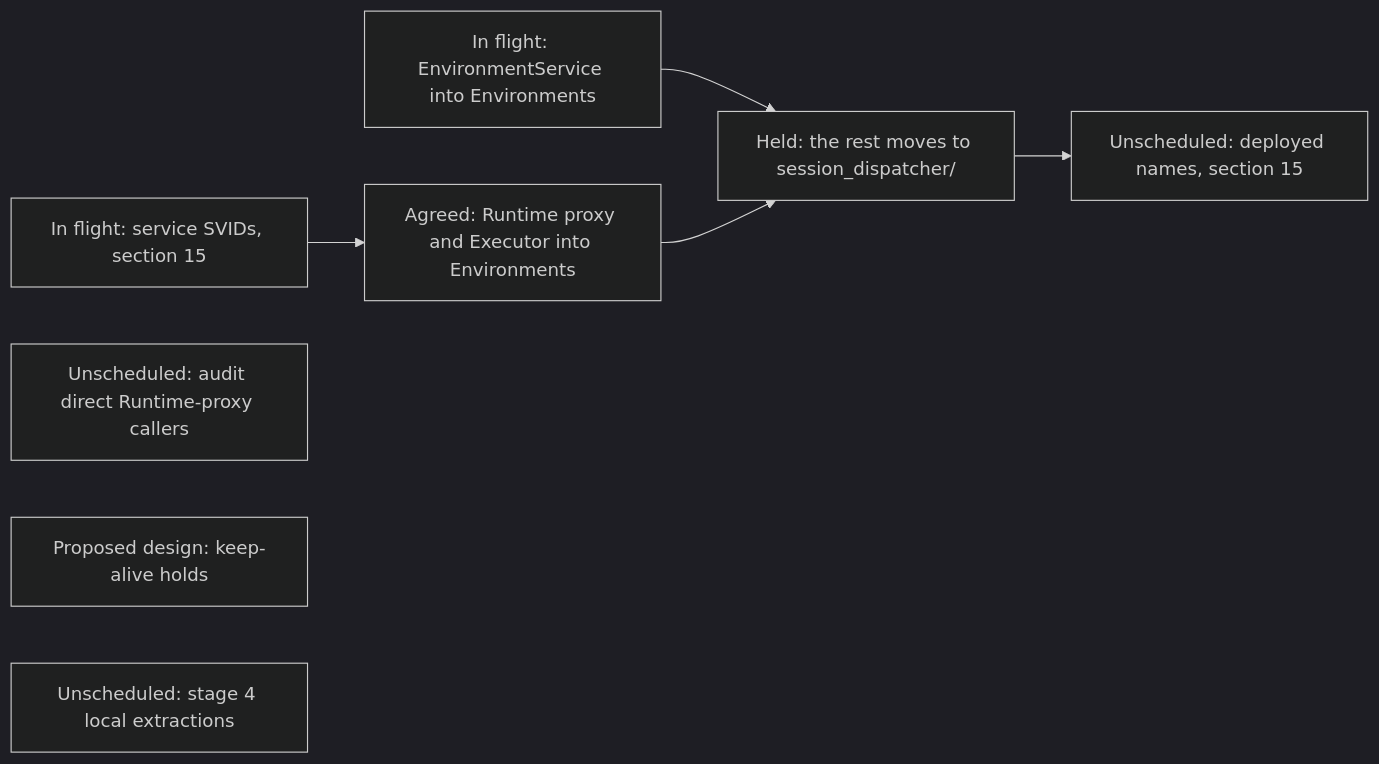
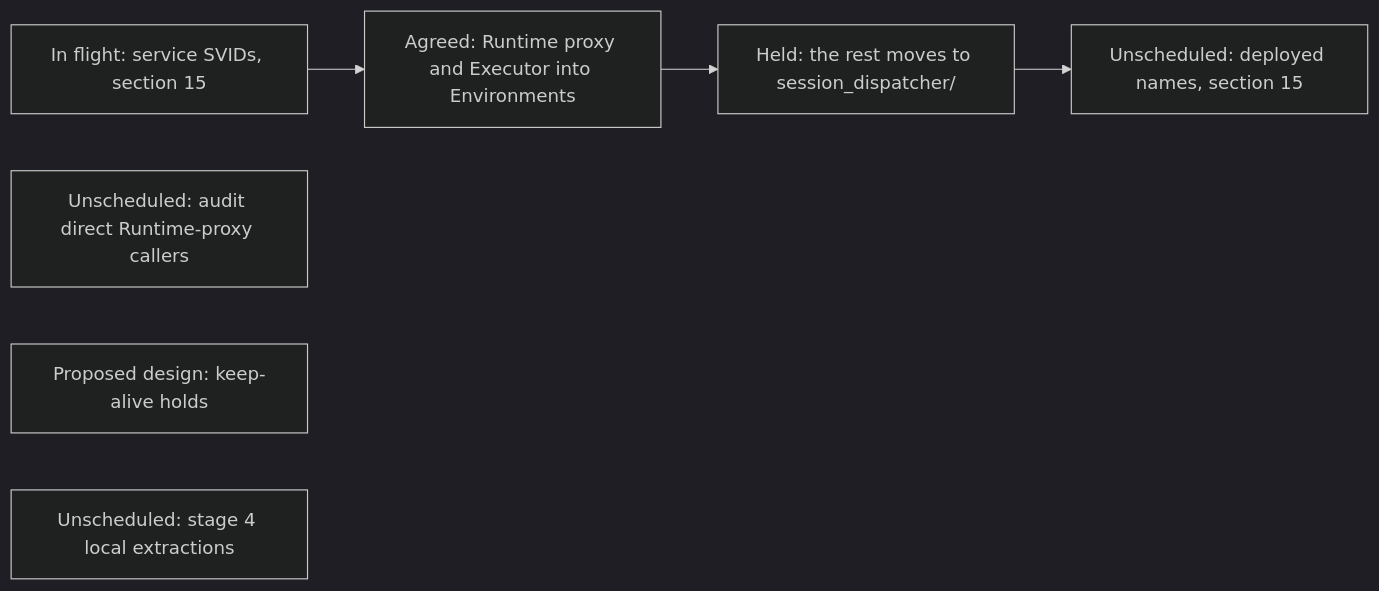
One commit to agentydragon/ducktape changed diagram 21 of 21 in agentplane/plans/task_dag.md. Above: the diagram before and after it, drawn with Mermaid (dark theme). The commit also changed other lines of this file and 46 other files, not shown here.

````diff
--- a/agentplane/plans/task_dag.md
+++ b/agentplane/plans/task_dag.md
@@ -3998,15 +3997,13 @@
 ```mermaid
 flowchart LR
     PRIVILEGED_BACKEND_AUTH_DESIGN[In flight: service SVIDs, section 15]
-    ENVIRONMENT_SERVICE_TO_ENVIRONMENTS[In flight: EnvironmentService into Environments]
     RUNTIME_PROXY_CALLER_AUDIT[Unscheduled: audit direct Runtime-proxy callers]
     RUNTIME_PROXY_TO_ENVIRONMENTS[Agreed: Runtime proxy and Executor into Environments]
     SESSIONS_BINARY_DIRECTORY[Held: the rest moves to session_dispatcher/]
     ENVIRONMENT_KEEP_ALIVE_HOLDS[Proposed design: keep-alive holds]
     GO_LOCAL_EXTRACTIONS[Unscheduled: stage 4 local extractions]
     RUNNER_GATEWAY_RENAME[Unscheduled: deployed names, section 15]
     PRIVILEGED_BACKEND_AUTH_DESIGN --> RUNTIME_PROXY_TO_ENVIRONMENTS
-    ENVIRONMENT_SERVICE_TO_ENVIRONMENTS --> SESSIONS_BINARY_DIRECTORY
     RUNTIME_PROXY_TO_ENVIRONMENTS --> SESSIONS_BINARY_DIRECTORY
     SESSIONS_BINARY_DIRECTORY --> RUNNER_GATEWAY_RENAME
 ```
````
